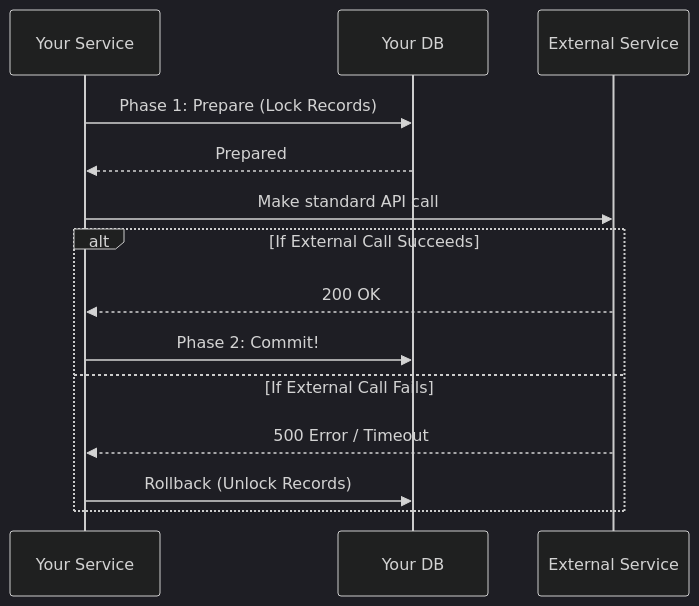
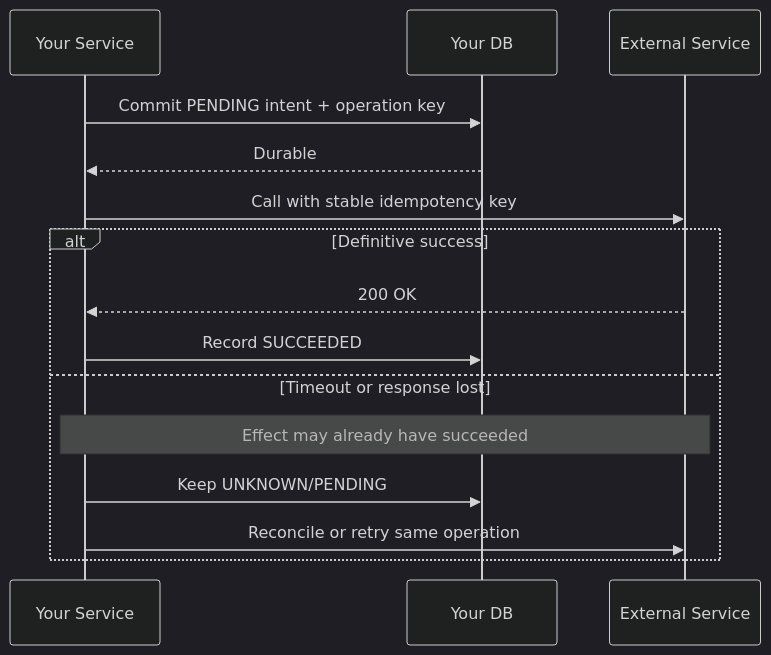
The second of 2 diagrams in Core Concepts/Partial Failures/README.md (abhinnaagrawal/system-design-notes), drawn with Mermaid (dark theme) before and after one commit. The commit also changed other lines of this file and 83 other files, not shown here.

````diff
--- a/Core Concepts/Partial Failures/README.md
+++ b/Core Concepts/Partial Failures/README.md
@@ -109,19 +105,20 @@
 ```mermaid
 sequenceDiagram
     participant YourSvc as Your Service
     participant YourDB as Your DB
     participant ExtSvc as External Service
     
-    YourSvc->>YourDB: Phase 1: Prepare (Lock Records)
-    YourDB-->>YourSvc: Prepared
+    YourSvc->>YourDB: Commit PENDING intent + operation key
+    YourDB-->>YourSvc: Durable
     
-    YourSvc->>ExtSvc: Make standard API call
+    YourSvc->>ExtSvc: Call with stable idempotency key
     
-    alt If External Call Succeeds
+    alt Definitive success
         ExtSvc-->>YourSvc: 200 OK
-        YourSvc->>YourDB: Phase 2: Commit!
-    else If External Call Fails
-        ExtSvc-->>YourSvc: 500 Error / Timeout
-        YourSvc->>YourDB: Rollback (Unlock Records)
+        YourSvc->>YourDB: Record SUCCEEDED
+    else Timeout or response lost
+        Note over YourSvc,ExtSvc: Effect may already have succeeded
+        YourSvc->>YourDB: Keep UNKNOWN/PENDING
+        YourSvc->>ExtSvc: Reconcile or retry same operation
     end
 ```
````
